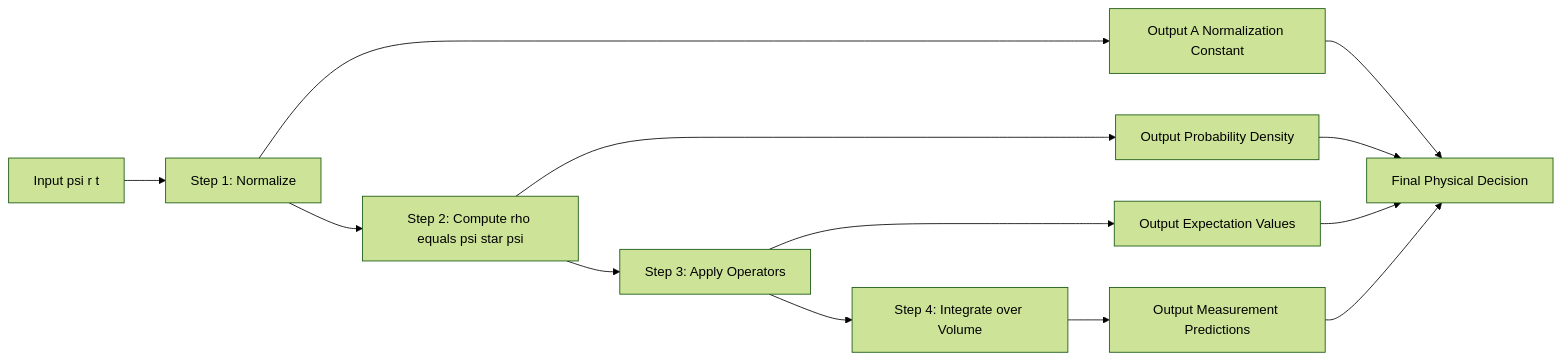
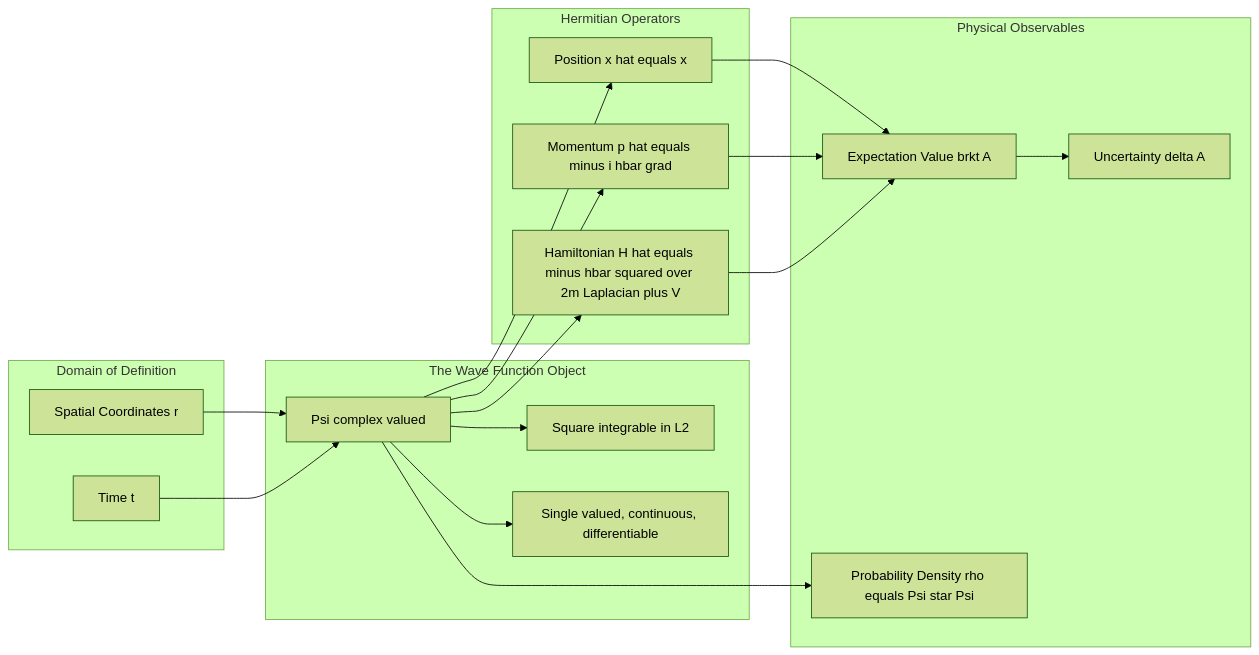
Before and after one commit to vishnuu-kr/ktunode: the second of 3 diagrams in public/notes/computer-science-and-engineering/semester-1/gapht121-physics-for-information-science/02-module-2-quantum-mechanics/wave-function-properties-physical-interpretation/notes.md, drawn with Mermaid (forest theme). The commit also changed other lines of this file and 4829 other files, not shown here.

````diff
--- a/public/notes/computer-science-and-engineering/semester-1/gapht121-physics-for-information-science/02-module-2-quantum-mechanics/wave-function-properties-physical-interpretation/notes.md
+++ b/public/notes/computer-science-and-engineering/semester-1/gapht121-physics-for-information-science/02-module-2-quantum-mechanics/wave-function-properties-physical-interpretation/notes.md
@@ -292,18 +434,38 @@
 ```mermaid
 flowchart LR
-    PSI[Input psi r t]
-    PSI --> S1[Step 1: Normalize]
-    S1 --> S2[Step 2: Compute rho equals psi star psi]
-    S2 --> S3[Step 3: Apply Operators]
-    S3 --> S4[Step 4: Integrate over Volume]
+    subgraph Domain[Domain of Definition]
+        X1[Spatial Coordinates r]
+        X2[Time t]
+    end
 
-    S1 --> O1[Output A Normalization Constant]
-    S2 --> O2[Output Probability Density]
-    S3 --> O3[Output Expectation Values]
-    S4 --> O4[Output Measurement Predictions]
+    subgraph WaveObj[The Wave Function Object]
+        W1[Psi complex valued]
+        W2[Square integrable in L2]
+        W3[Single valued, continuous, differentiable]
+    end
 
-    O1 --> DEC[Final Physical Decision]
-    O2 --> DEC
-    O3 --> DEC
-    O4 --> DEC
+    subgraph Operators[Hermitian Operators]
+        O1[Position x hat equals x]
+        O2[Momentum p hat equals minus i hbar grad]
+        O3[Hamiltonian H hat equals minus hbar squared over 2m Laplacian plus V]
+    end
+
+    subgraph Outputs[Physical Observables]
+        Y1[Expectation Value brkt A]
+        Y2[Uncertainty delta A]
+        Y3[Probability Density rho equals Psi star Psi]
+    end
+
+    X1 --> W1
+    X2 --> W1
+    W1 --> W2
+    W1 --> W3
+    W1 --> O1
+    W1 --> O2
+    W1 --> O3
+    O1 --> Y1
+    O2 --> Y1
+    O3 --> Y1
+    Y1 --> Y2
+    W1 --> Y3
 ```
````
